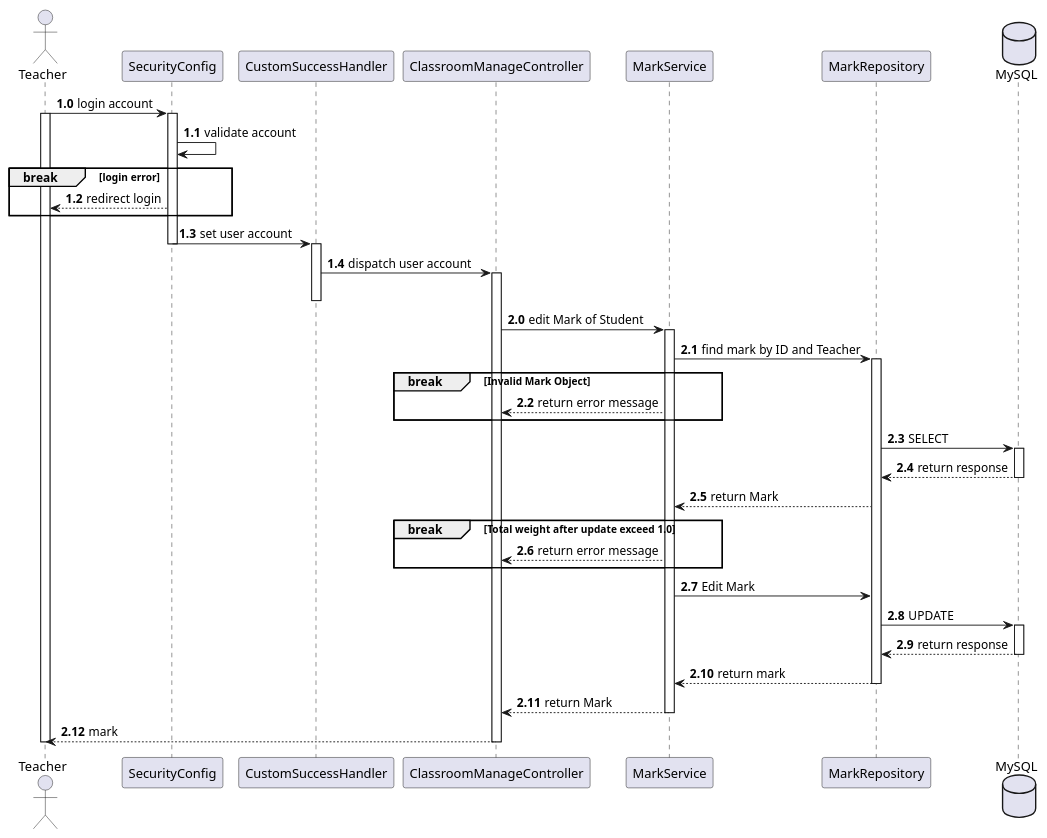
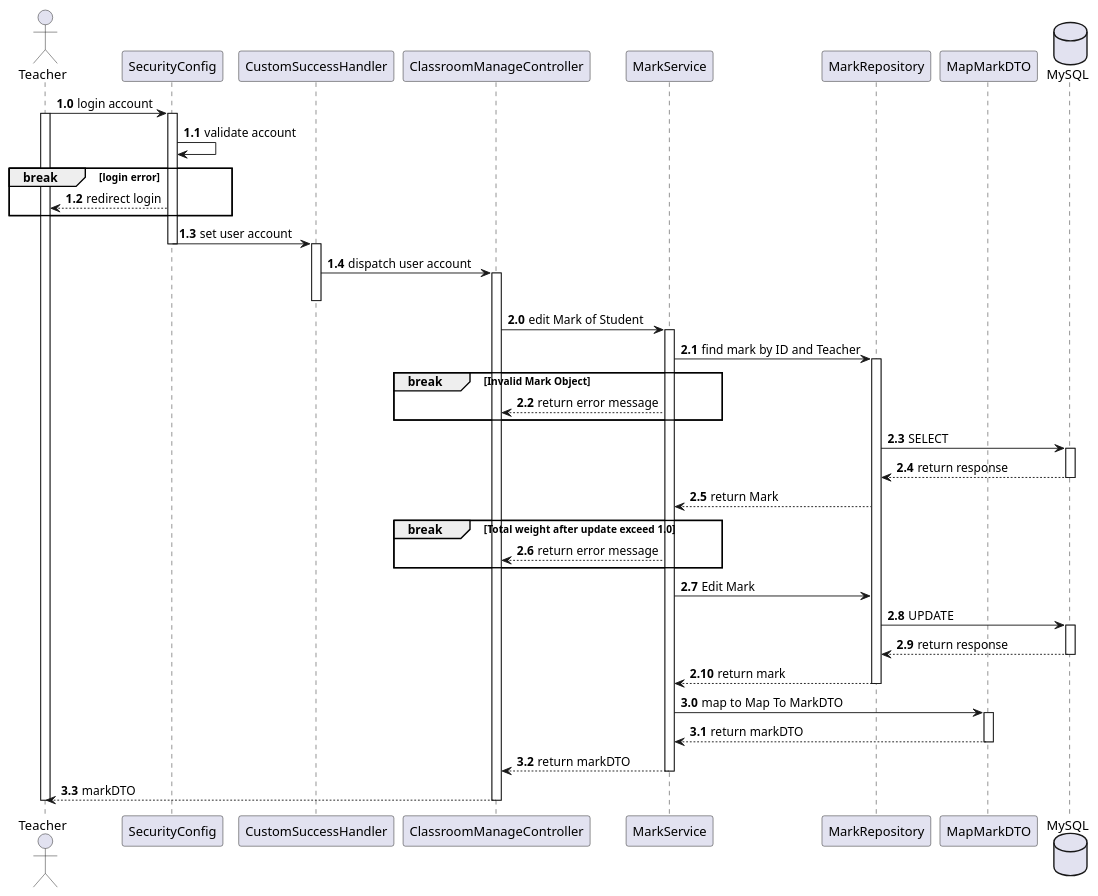
One commit to kientthe163256/student-management-fa22 changed the diagram in uml/teacher/editStudentMark.puml. Above: the diagram before and after it, drawn with PlantUML. The commit also changed 13 other files, not shown here.

Commit message:
getMarks + edit UML

```diff
--- a/uml/teacher/editStudentMark.puml
+++ b/uml/teacher/editStudentMark.puml
@@ -1,58 +1,64 @@
 @startuml
 Actor Teacher
 participant SecurityConfig
 participant CustomSuccessHandler
 participant ClassroomManageController
 participant MarkService
 participant MarkRepository
+participant MapMarkDTO
 database MySQL
 
 autonumber 1.0
 Teacher -> SecurityConfig: login account
 
 activate Teacher
 activate SecurityConfig
 autonumber 1.1
 SecurityConfig -> SecurityConfig: validate account
 break login error
 SecurityConfig --> Teacher: redirect login
 end
 SecurityConfig -> CustomSuccessHandler: set user account
 deactivate SecurityConfig
 activate CustomSuccessHandler
 CustomSuccessHandler -> ClassroomManageController: dispatch user account
 activate ClassroomManageController
 deactivate CustomSuccessHandler
 
 autonumber 2.0
 ClassroomManageController -> MarkService: edit Mark of Student
 activate MarkService
 
 MarkService -> MarkRepository: find mark by ID and Teacher
 activate MarkRepository
 break Invalid Mark Object
 MarkService --> ClassroomManageController: return error message
 end
 
 MarkRepository -> MySQL: SELECT
 activate MySQL
 MySQL --> MarkRepository: return response
 deactivate MySQL
 MarkRepository --> MarkService: return Mark
 break Total weight after update exceed 1.0
 MarkService --> ClassroomManageController: return error message
 end
 MarkService -> MarkRepository: Edit Mark
 MarkRepository -> MySQL: UPDATE
 activate MySQL
 MySQL --> MarkRepository: return response
 deactivate MySQL
 MarkRepository --> MarkService: return mark
 deactivate MarkRepository
-MarkService --> ClassroomManageController: return Mark
+autonumber 3.0
+MarkService -> MapMarkDTO: map to Map To MarkDTO
+activate MapMarkDTO
+MapMarkDTO --> MarkService: return markDTO
+deactivate MapMarkDTO
+MarkService --> ClassroomManageController: return markDTO
 deactivate MarkService
-ClassroomManageController --> Teacher: mark
+ClassroomManageController --> Teacher: markDTO
 deactivate ClassroomManageController
 deactivate Teacher
 
 @enduml
```
